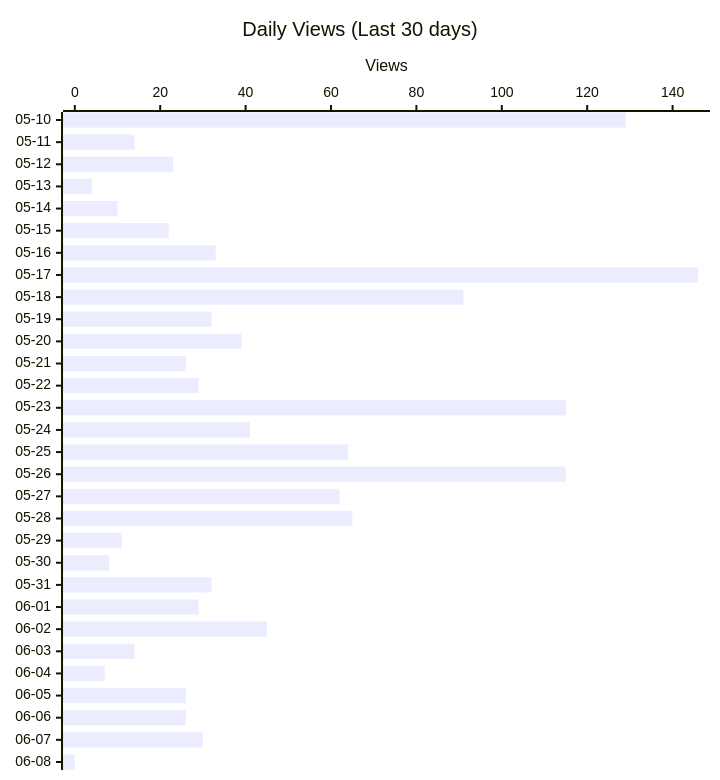
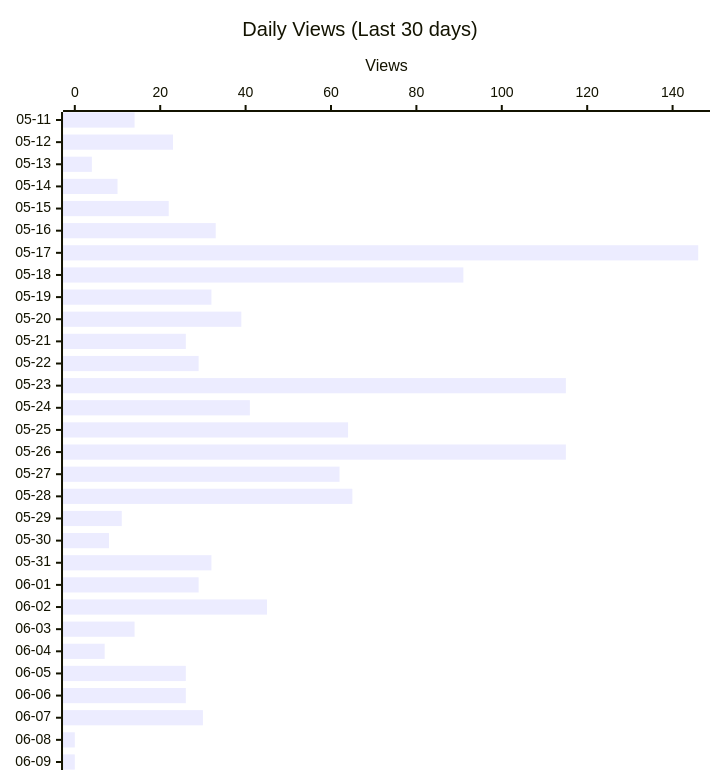
The second of 3 diagrams in README.md (shigechika/github-insights), drawn with Mermaid before and after one commit. The commit also changed other lines of this file and 2 other files, not shown here.

````diff
--- a/README.md
+++ b/README.md
@@ -28,12 +28,12 @@
 ```mermaid
 ---
 config:
   xyChart:
     height: 760
 ---
 xychart-beta horizontal
     title "Daily Views (Last 30 days)"
-    x-axis ["05-10", "05-11", "05-12", "05-13", "05-14", "05-15", "05-16", "05-17", "05-18", "05-19", "05-20", "05-21", "05-22", "05-23", "05-24", "05-25", "05-26", "05-27", "05-28", "05-29", "05-30", "05-31", "06-01", "06-02", "06-03", "06-04", "06-05", "06-06", "06-07", "06-08"]
+    x-axis ["05-11", "05-12", "05-13", "05-14", "05-15", "05-16", "05-17", "05-18", "05-19", "05-20", "05-21", "05-22", "05-23", "05-24", "05-25", "05-26", "05-27", "05-28", "05-29", "05-30", "05-31", "06-01", "06-02", "06-03", "06-04", "06-05", "06-06", "06-07", "06-08", "06-09"]
     y-axis "Views"
-    bar [129, 14, 23, 4, 10, 22, 33, 146, 91, 32, 39, 26, 29, 115, 41, 64, 115, 62, 65, 11, 8, 32, 29, 45, 14, 7, 26, 26, 30, 0]
+    bar [14, 23, 4, 10, 22, 33, 146, 91, 32, 39, 26, 29, 115, 41, 64, 115, 62, 65, 11, 8, 32, 29, 45, 14, 7, 26, 26, 30, 0, 0]
 ```
````
